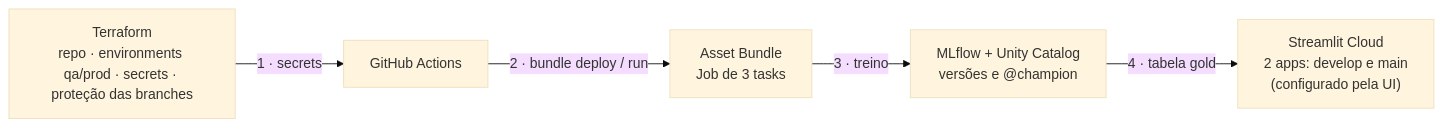
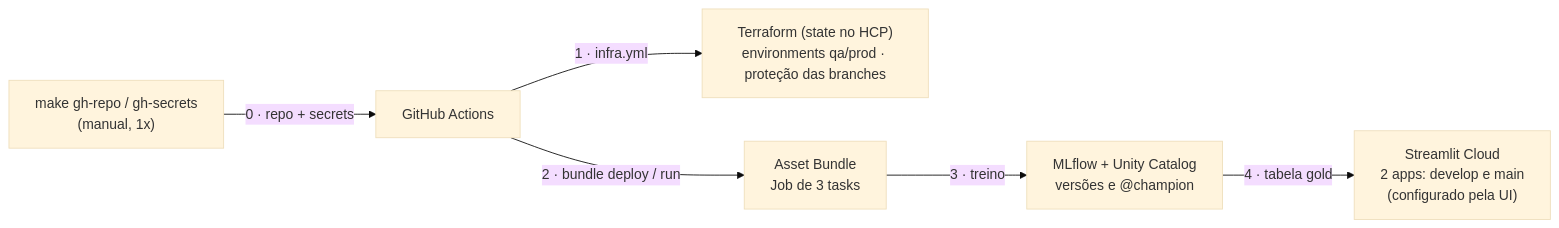
The fourth of 4 diagrams in docs/ARQUITETURA.md (will3g/news-recsys-databricks), drawn with Mermaid (base theme) before and after one commit. The commit also changed other lines of this file and 9 other files, not shown here.

First line of the commit message:
feat(infra): Terraform pela esteira (infra.yml, state no HCP Terraform) e bootstrap manual no Makefile

````diff
--- a/docs/ARQUITETURA.md
+++ b/docs/ARQUITETURA.md
@@ -98,7 +98,8 @@
 ```mermaid
 flowchart LR
-    TF["Terraform<br/>repo · environments qa/prod · secrets · proteção das branches"] -- "1 · secrets" --> GA["GitHub Actions"]
+    MAN["make gh-repo / gh-secrets<br/>(manual, 1x)"] -- "0 · repo + secrets" --> GA["GitHub Actions"]
+    GA -- "1 · infra.yml" --> TF["Terraform (state no HCP)<br/>environments qa/prod · proteção das branches"]
     GA -- "2 · bundle deploy / run" --> DAB["Asset Bundle<br/>Job de 3 tasks"]
     DAB -- "3 · treino" --> ML["MLflow + Unity Catalog<br/>versões e @champion"]
     ML -- "4 · tabela gold" --> ST["Streamlit Cloud<br/>2 apps: develop e main<br/>(configurado pela UI)"]
 ```
````
